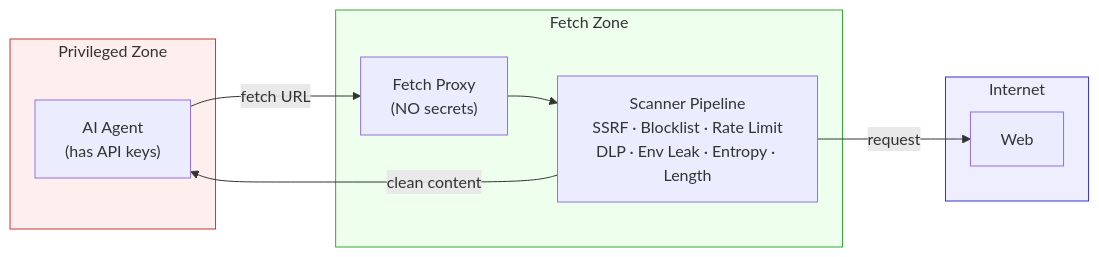
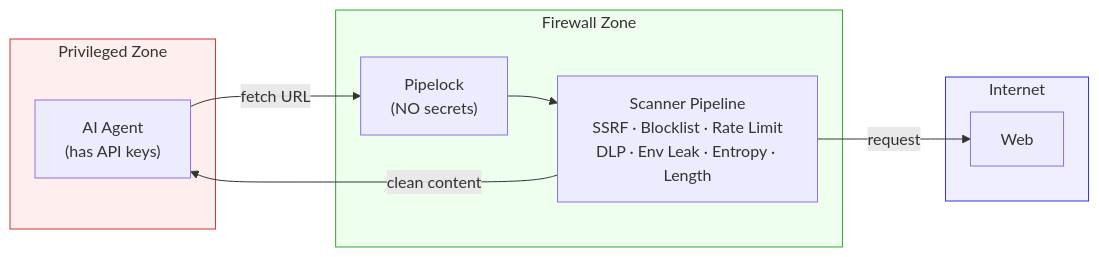
The diagram in README.md (luckyPipewrench/pipelock), drawn with Mermaid before and after one commit. The commit also changed other lines of this file and 10 other files, not shown here.

````diff
--- a/README.md
+++ b/README.md
@@ -79,22 +79,22 @@
 ```mermaid
 flowchart LR
     subgraph PRIVILEGED["Privileged Zone"]
         Agent["AI Agent\n(has API keys)"]
     end
-    subgraph FETCH["Fetch Zone"]
-        Proxy["Fetch Proxy\n(NO secrets)"]
+    subgraph FETCH["Firewall Zone"]
+        Proxy["Pipelock\n(NO secrets)"]
         Scanner["Scanner Pipeline\nSSRF · Blocklist · Rate Limit\nDLP · Env Leak · Entropy · Length"]
     end
     subgraph NET["Internet"]
         Web["Web"]
     end
 
     Agent -- "fetch URL" --> Proxy
     Proxy --> Scanner
     Scanner -- "clean content" --> Agent
     Scanner -- "request" --> Web
 
     style PRIVILEGED fill:#fee,stroke:#c33
     style FETCH fill:#efe,stroke:#3a3
     style NET fill:#eef,stroke:#33c
 ```
````
